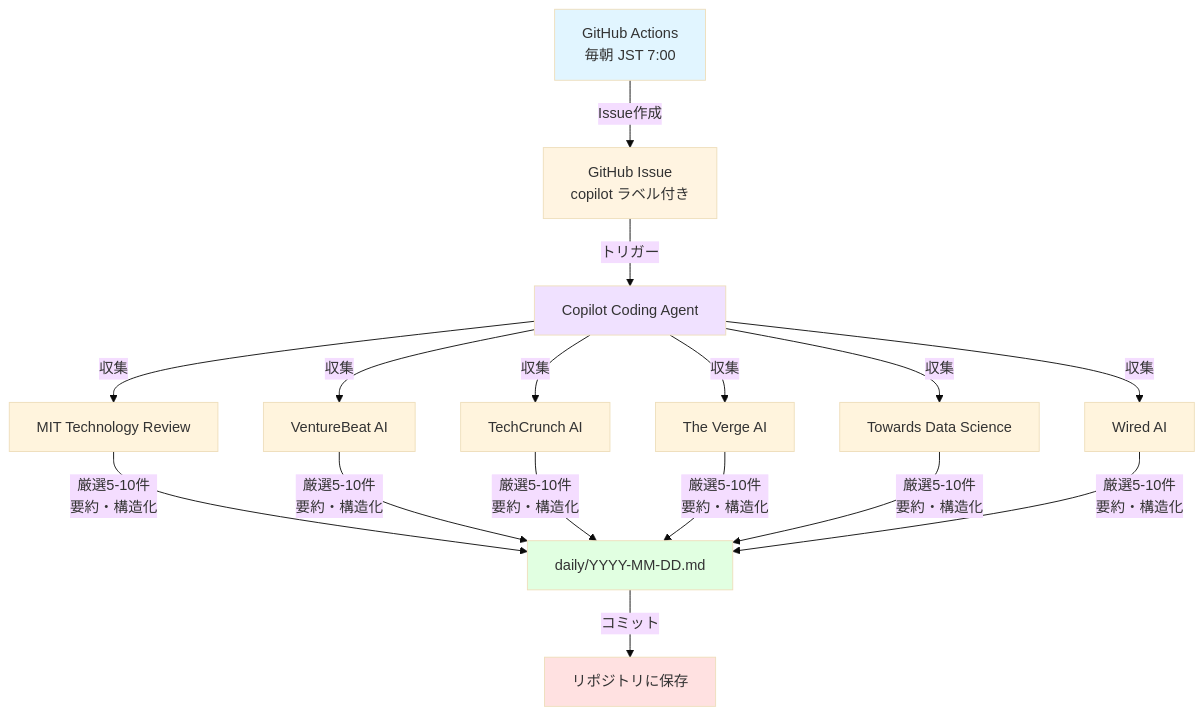
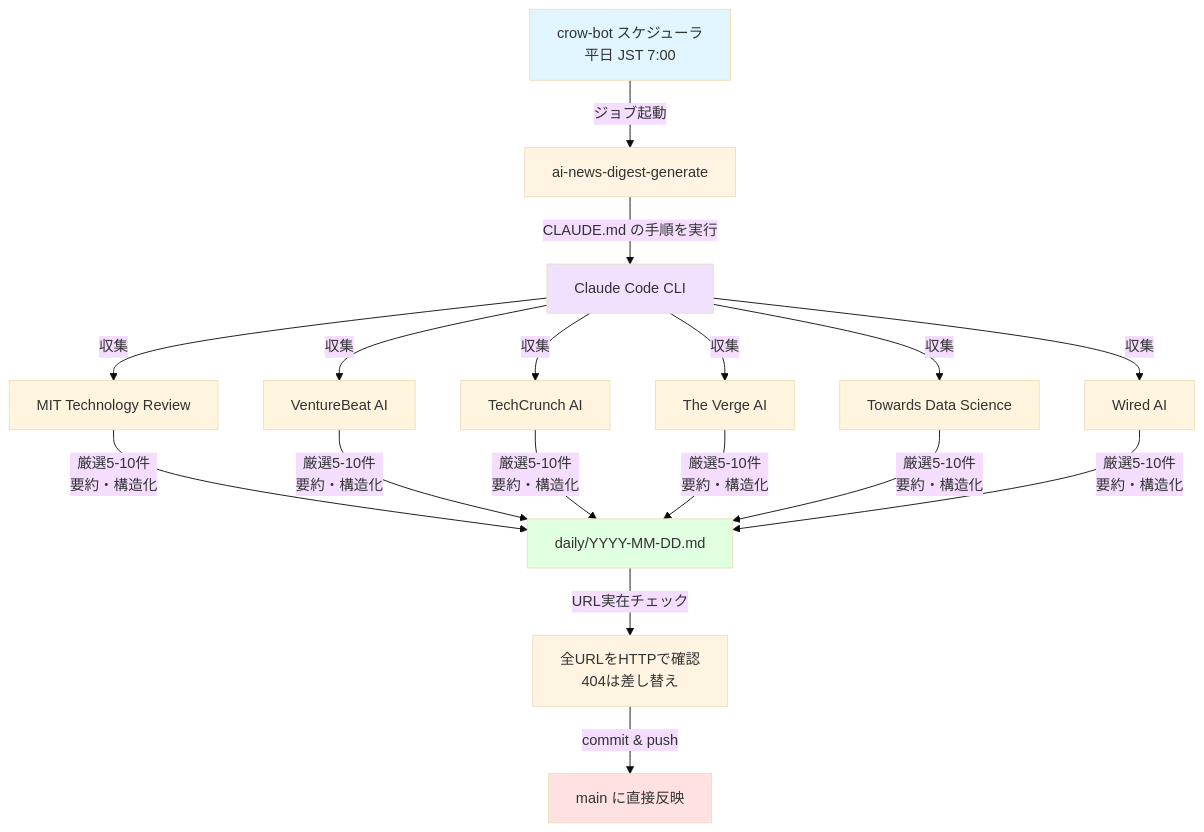
One commit to office8-inc/ai-news-digest changed the diagram in README.md. Above: the diagram before and after it, drawn with Mermaid (base theme). The commit also changed other lines of this file and 4 other files, not shown here.

First line of the commit message:
Copilot 経路を撤去し Claude ベースの現行フローに揃える

````diff
--- a/README.md
+++ b/README.md
@@ -40,19 +33,21 @@
 ```mermaid
 graph TD
-    A[GitHub Actions<br/>毎朝 JST 7:00] -->|Issue作成| B[GitHub Issue<br/>copilot ラベル付き]
-    B -->|トリガー| C[Copilot Coding Agent]
+    A[crow-bot スケジューラ<br/>平日 JST 7:00] -->|ジョブ起動| B[ai-news-digest-generate]
+    B -->|CLAUDE.md の手順を実行| C[Claude Code CLI]
     C -->|収集| D1[MIT Technology Review]
     C -->|収集| D2[VentureBeat AI]
     C -->|収集| D3[TechCrunch AI]
     C -->|収集| D4[The Verge AI]
     C -->|収集| D5[Towards Data Science]
     C -->|収集| D6[Wired AI]
     D1 & D2 & D3 & D4 & D5 & D6 -->|厳選5-10件<br/>要約・構造化| E[daily/YYYY-MM-DD.md]
-    E -->|コミット| F[リポジトリに保存]
+    E -->|URL実在チェック| G[全URLをHTTPで確認<br/>404は差し替え]
+    G -->|commit & push| F[main に直接反映]
     
     style A fill:#e1f5ff
     style B fill:#fff4e1
     style C fill:#f0e1ff
     style E fill:#e1ffe1
+    style G fill:#fff4e1
     style F fill:#ffe1e1
 ```
````
